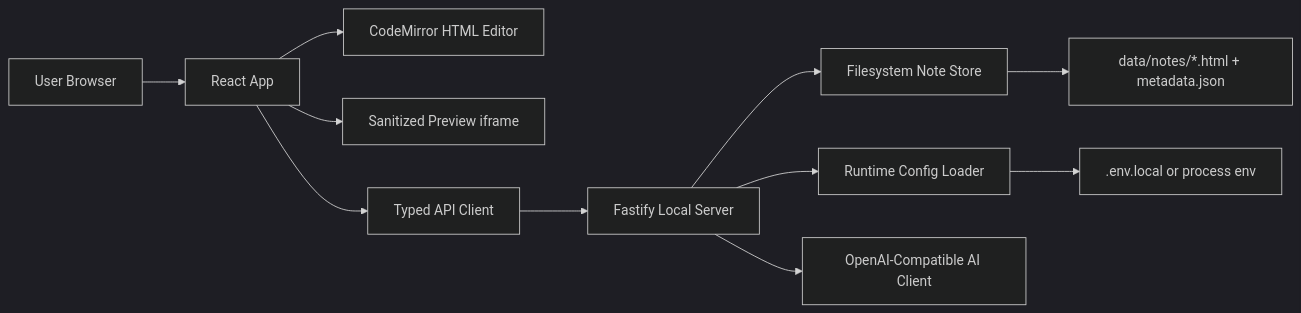
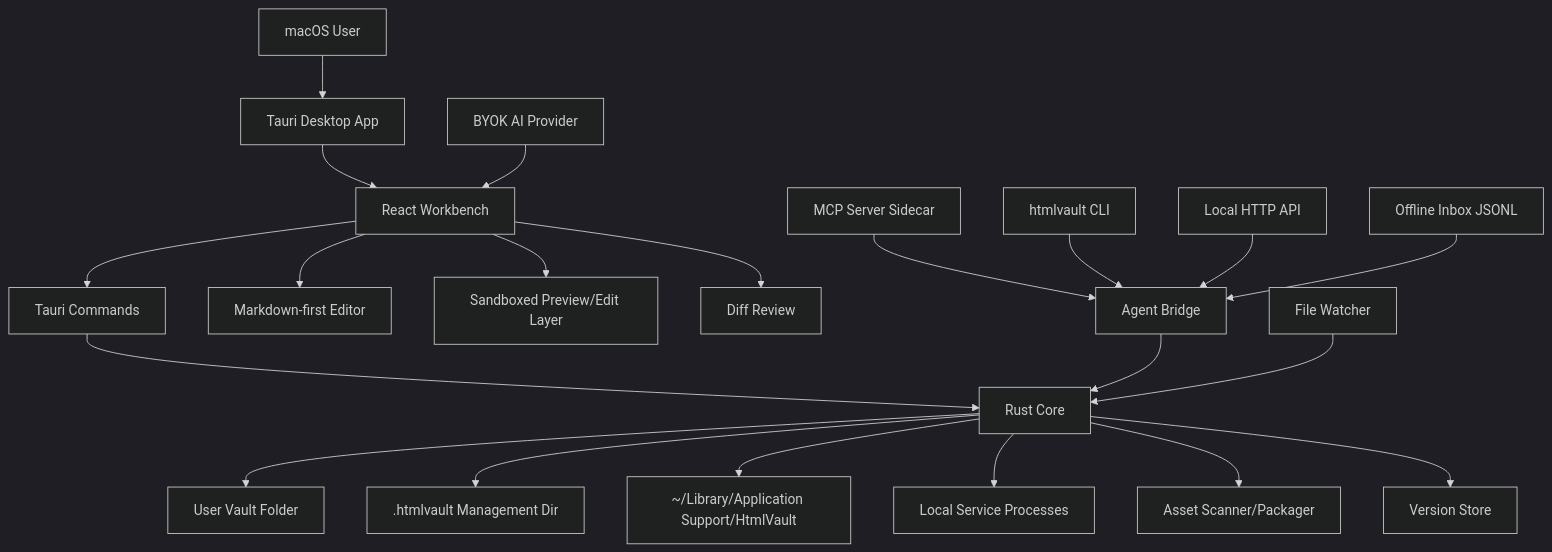
One commit to QQTangBa/html-native-notes changed the diagram in docs/TECHNICAL_DESIGN.md. Above: the diagram before and after it, drawn with Mermaid (dark theme). The commit also changed other lines of this file and 15 other files, not shown here.

Commit message:
chore: reset scope to PRD desktop app

````diff
--- a/docs/TECHNICAL_DESIGN.md
+++ b/docs/TECHNICAL_DESIGN.md
@@ -95,13 +120,23 @@
 ```mermaid
-flowchart LR
-  User["User Browser"] --> UI["React App"]
-  UI --> Editor["CodeMirror HTML Editor"]
-  UI --> Preview["Sanitized Preview iframe"]
-  UI --> ApiClient["Typed API Client"]
-  ApiClient --> Server["Fastify Local Server"]
-  Server --> NoteStore["Filesystem Note Store"]
-  Server --> Config["Runtime Config Loader"]
-  Server --> AI["OpenAI-Compatible AI Client"]
-  NoteStore --> Files["data/notes/*.html + metadata.json"]
-  Config --> Env[".env.local or process env"]
+flowchart TB
+  User["macOS User"] --> App["Tauri Desktop App"]
+  App --> UI["React Workbench"]
+  UI --> Cmd["Tauri Commands"]
+  Cmd --> Core["Rust Core"]
+  Core --> Vault["User Vault Folder"]
+  Core --> Mgmt[".htmlvault Management Dir"]
+  Core --> AppSupport["~/Library/Application Support/HtmlVault"]
+  Core --> Services["Local Service Processes"]
+  Core --> Assets["Asset Scanner/Packager"]
+  Core --> Versions["Version Store"]
+  UI --> Editor["Markdown-first Editor"]
+  UI --> Preview["Sandboxed Preview/Edit Layer"]
+  UI --> Diff["Diff Review"]
+  Bridge["Agent Bridge"] --> Core
+  MCP["MCP Server Sidecar"] --> Bridge
+  CLI["htmlvault CLI"] --> Bridge
+  HTTP["Local HTTP API"] --> Bridge
+  Inbox["Offline Inbox JSONL"] --> Bridge
+  Watcher["File Watcher"] --> Core
+  AI["BYOK AI Provider"] --> UI
 ```
````
